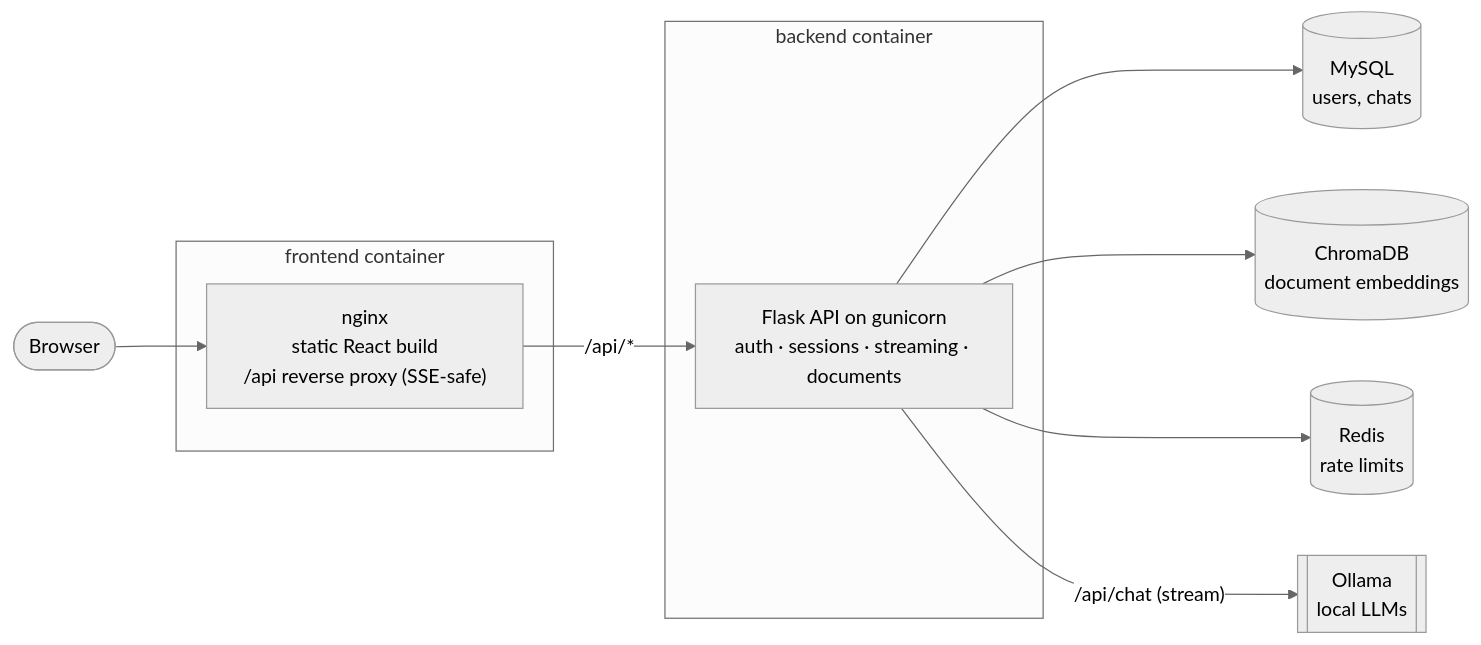
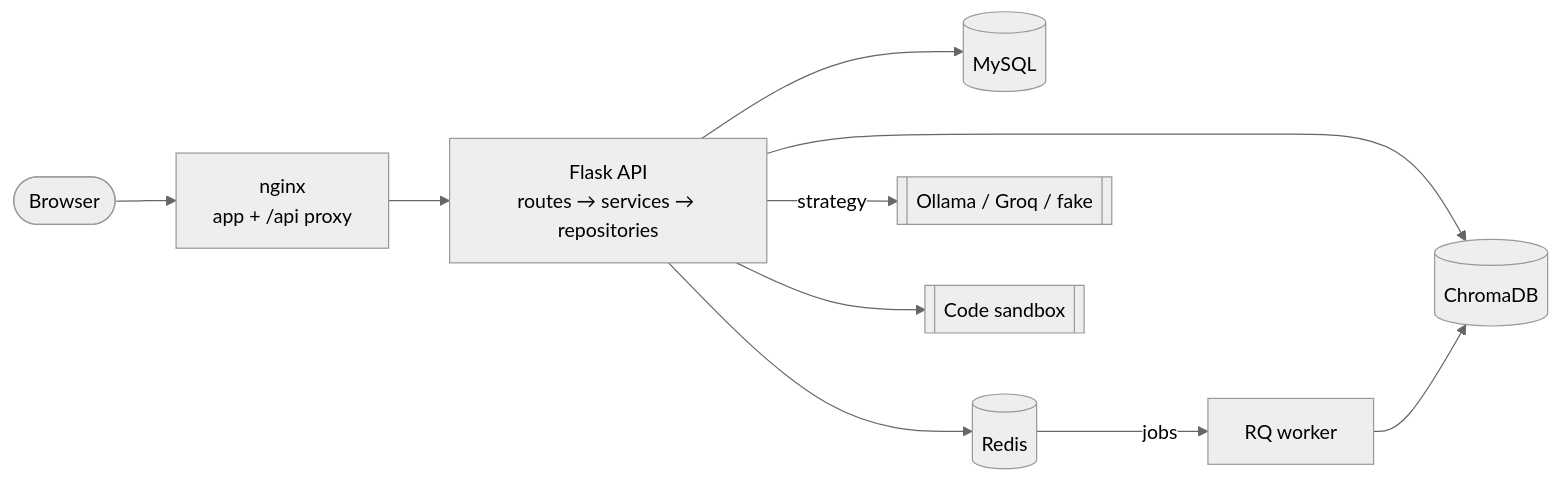
The diagram in README.md (radhikakumar0705/mistrally), drawn with Mermaid (neutral theme) before and after one commit. The commit also changed other lines of this file and 1 other file, not shown here.

First line of the commit message:
docs: design document and updated README

````diff
--- a/README.md
+++ b/README.md
@@ -28,19 +35,11 @@
 ```mermaid
 flowchart LR
-    user([Browser]) --> nginx
-
-    subgraph frontend [frontend container]
-      nginx["nginx<br/>static React build<br/>/api reverse proxy (SSE-safe)"]
-    end
-
-    nginx -- "/api/*" --> api
-
-    subgraph backend [backend container]
-      api["Flask API on gunicorn<br/>auth · sessions · streaming · documents"]
-    end
-
-    api --> mysql[(MySQL<br/>users, chats)]
-    api --> chroma[(ChromaDB<br/>document embeddings)]
-    api --> redis[(Redis<br/>rate limits)]
-    api -- "/api/chat (stream)" --> ollama[[Ollama<br/>local LLMs]]
+    browser([Browser]) --> nginx["nginx<br/>app + /api proxy"]
+    nginx --> api["Flask API<br/>routes → services → repositories"]
+    api --> mysql[(MySQL)]
+    api --> chroma[(ChromaDB)]
+    api --> redis[(Redis)]
+    api -->|strategy| llm[[Ollama / Groq / fake]]
+    api --> sandbox[[Code sandbox]]
+    redis -->|jobs| worker[RQ worker] --> chroma
 ```
````
